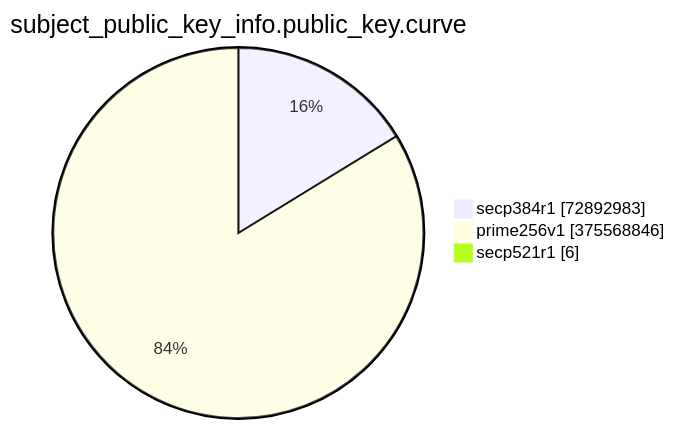
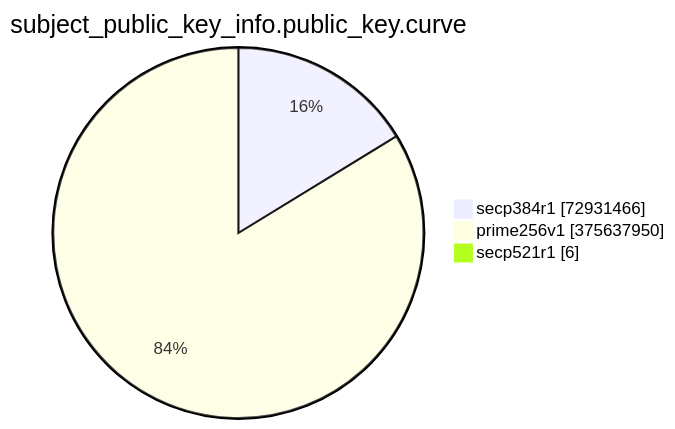
One commit to christiankrug/ctmonitor_visualization changed the eighth of 15 diagrams in TOTAL/README.md. Above: the diagram before and after it, drawn with Mermaid. The commit also changed other lines of this file, not shown here.

````diff
--- a/TOTAL/README.md
+++ b/TOTAL/README.md
@@ -3094,7 +3094,7 @@
 ```mermaid
 pie showData
 title subject_public_key_info.public_key.curve
-"secp384r1" :72892983
-"prime256v1" :375568846
+"secp384r1" :72931466
+"prime256v1" :375637950
 "secp521r1" :6
 ```
````
